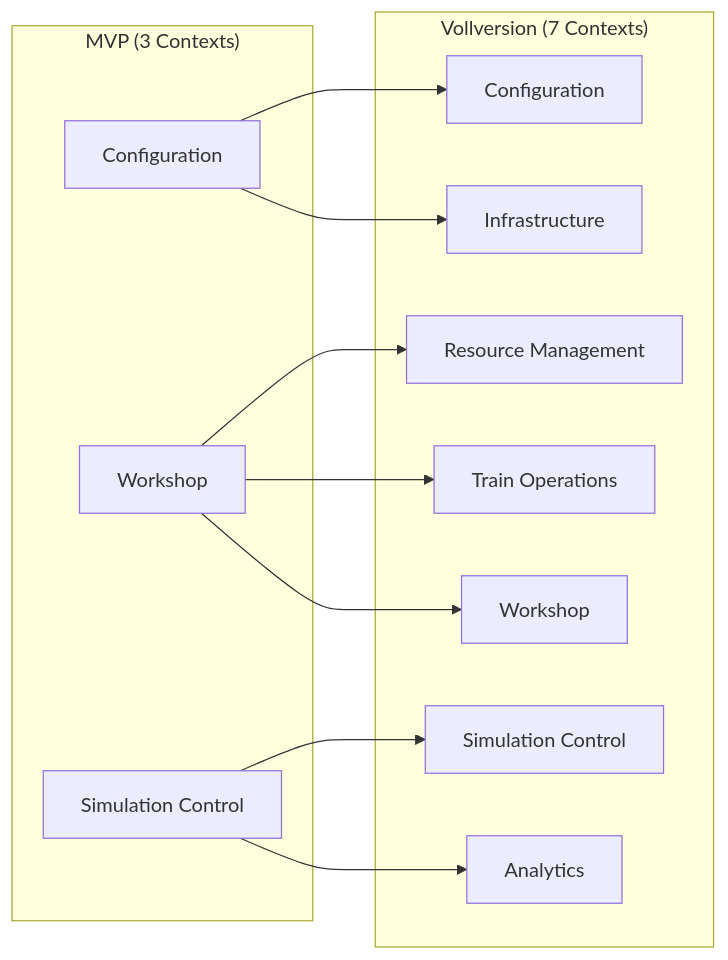
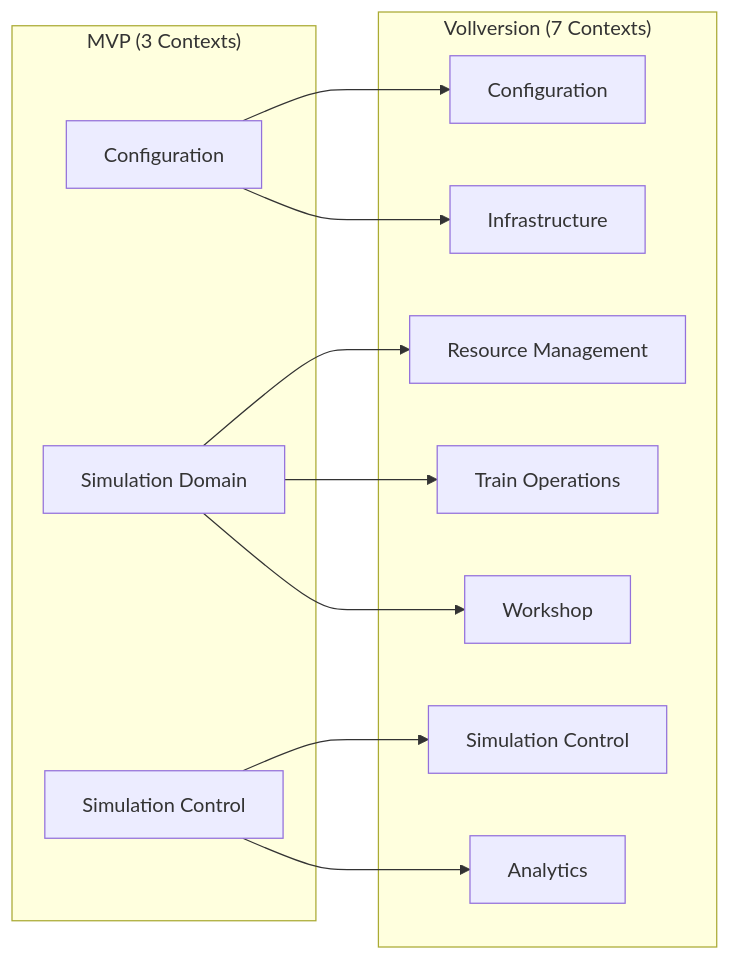
Before and after one commit to OpenRailAssociation/dac-migration-dss-popupsim: the second of 2 diagrams in docs/mvp/architecture/bounded-contexts/context-map.md, drawn with Mermaid. The commit also changed other lines of this file and 19 other files, not shown here.

First line of the commit message:
docs(pages): 📝 update MVP architecture

````diff
--- a/docs/mvp/architecture/bounded-contexts/context-map.md
+++ b/docs/mvp/architecture/bounded-contexts/context-map.md
@@ -258,26 +262,26 @@
 ```mermaid
 graph LR
     subgraph "MVP (3 Contexts)"
         MVPC[Configuration]
-        MVPW[Workshop]
+        MVPD[Simulation Domain]
         MVPS[Simulation Control]
     end
 
     subgraph "Vollversion (7 Contexts)"
         FC[Configuration]
         FI[Infrastructure]
         FR[Resource Management]
         FT[Train Operations]
         FW[Workshop]
         FS[Simulation Control]
         FA[Analytics]
     end
 
     MVPC --> FC
     MVPC --> FI
-    MVPW --> FR
-    MVPW --> FT
-    MVPW --> FW
+    MVPD --> FR
+    MVPD --> FT
+    MVPD --> FW
     MVPS --> FS
     MVPS --> FA
 ```
````
